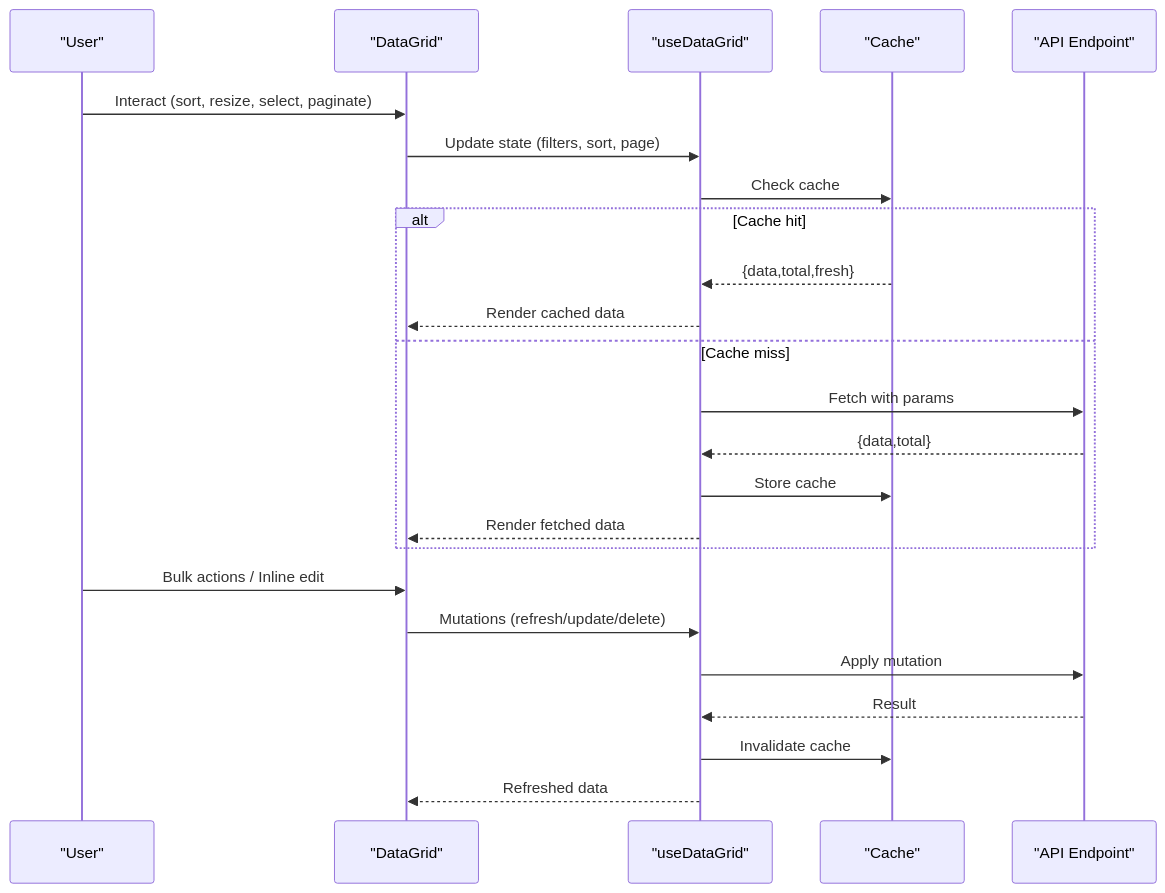
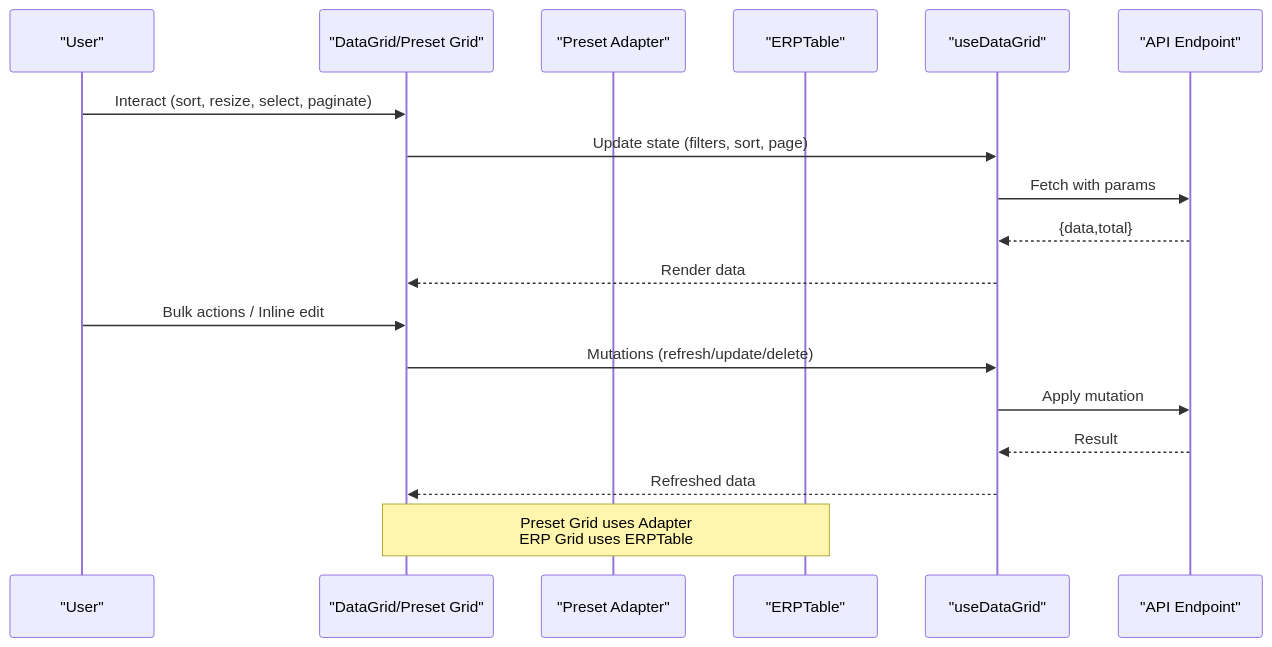
One commit to nzey11/erp-new changed the second of 4 diagrams in .qoder/repowiki/en/content/UI Components/Data Grid System.md. Above: the diagram before and after it, drawn with Mermaid. The commit also changed other lines of this file and 46 other files, not shown here.

````diff
--- a/.qoder/repowiki/en/content/UI Components/Data Grid System.md
+++ b/.qoder/repowiki/en/content/UI Components/Data Grid System.md
@@ -119,26 +151,20 @@
 ```mermaid
 sequenceDiagram
 participant User as "User"
-participant Grid as "DataGrid"
+participant Grid as "DataGrid/Preset Grid"
+participant Adapter as "Preset Adapter"
+participant ERP as "ERPTable"
 participant Hook as "useDataGrid"
-participant Cache as "Cache"
 participant API as "API Endpoint"
 User->>Grid : Interact (sort, resize, select, paginate)
 Grid->>Hook : Update state (filters, sort, page)
-Hook->>Cache : Check cache
-alt Cache hit
-Cache-->>Hook : {data,total,fresh}
-Hook-->>Grid : Render cached data
-else Cache miss
 Hook->>API : Fetch with params
 API-->>Hook : {data,total}
-Hook->>Cache : Store cache
-Hook-->>Grid : Render fetched data
-end
+Hook-->>Grid : Render data
 User->>Grid : Bulk actions / Inline edit
 Grid->>Hook : Mutations (refresh/update/delete)
 Hook->>API : Apply mutation
 API-->>Hook : Result
-Hook->>Cache : Invalidate cache
 Hook-->>Grid : Refreshed data
+Note over Grid,ERP : Preset Grid uses Adapter<br/>ERP Grid uses ERPTable
 ```
````
